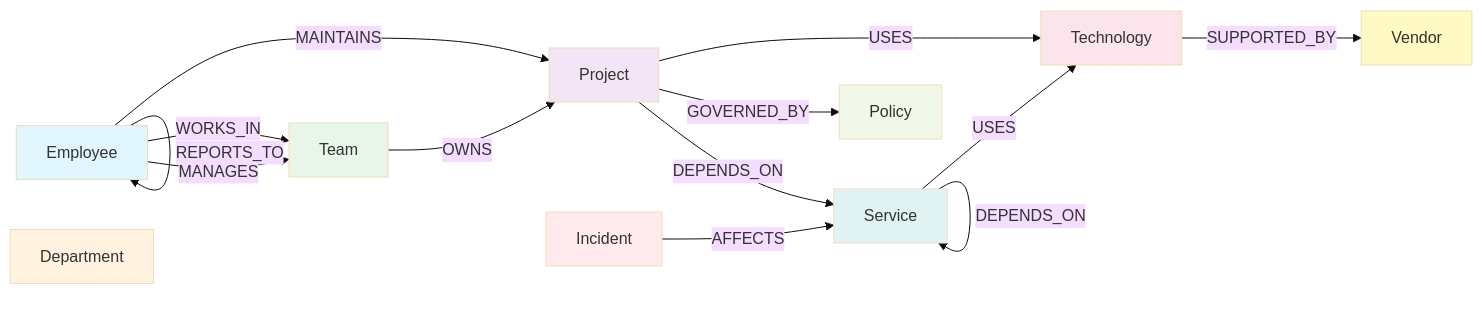
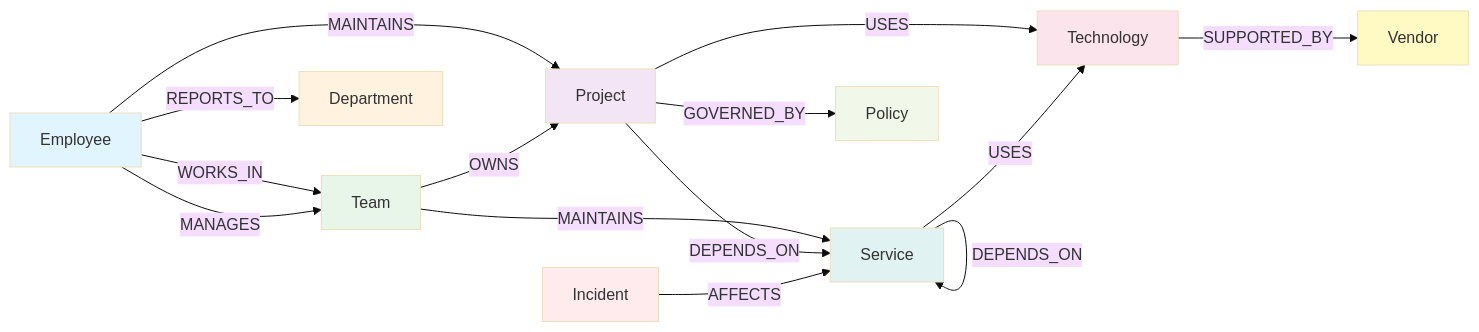
The second of 3 diagrams in README.md (isha71/enterprise-graph-rag-knowledge-navigator), drawn with Mermaid (base theme) before and after one commit. The commit also changed other lines of this file and 3 other files, not shown here.

````diff
--- a/README.md
+++ b/README.md
@@ -179,30 +181,31 @@
 ```mermaid
 graph LR
     Employee -->|WORKS_IN| Team
     Employee -->|MANAGES| Team
     Employee -->|MAINTAINS| Project
-    Employee -->|REPORTS_TO| Employee
+    Employee -->|REPORTS_TO| Department
 
     Team -->|OWNS| Project
+    Team -->|MAINTAINS| Service
 
     Project -->|USES| Technology
     Project -->|DEPENDS_ON| Service
     Project -->|GOVERNED_BY| Policy
 
     Service -->|DEPENDS_ON| Service
     Service -->|USES| Technology
 
     Technology -->|SUPPORTED_BY| Vendor
 
     Incident -->|AFFECTS| Service
 
     style Employee fill:#e1f5fe
     style Team fill:#e8f5e9
     style Department fill:#fff3e0
     style Project fill:#f3e5f5
     style Technology fill:#fce4ec
     style Service fill:#e0f2f1
     style Vendor fill:#fff9c4
     style Incident fill:#ffebee
     style Policy fill:#f1f8e9
 ```
````
